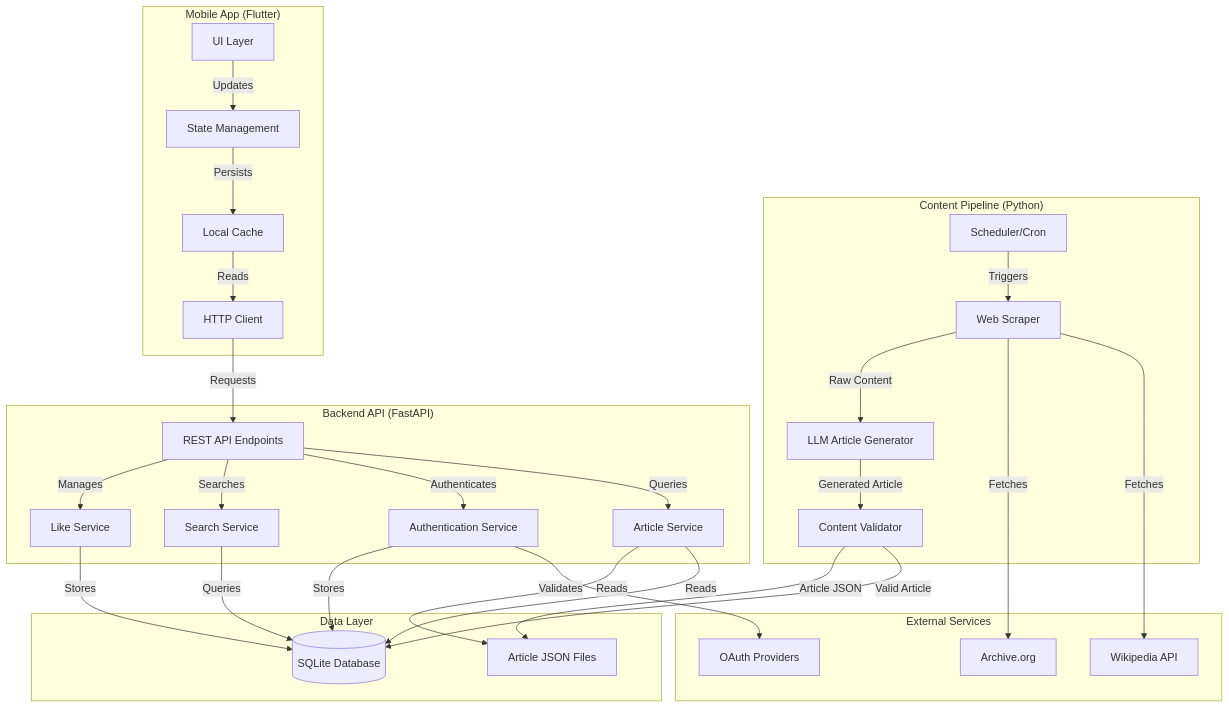
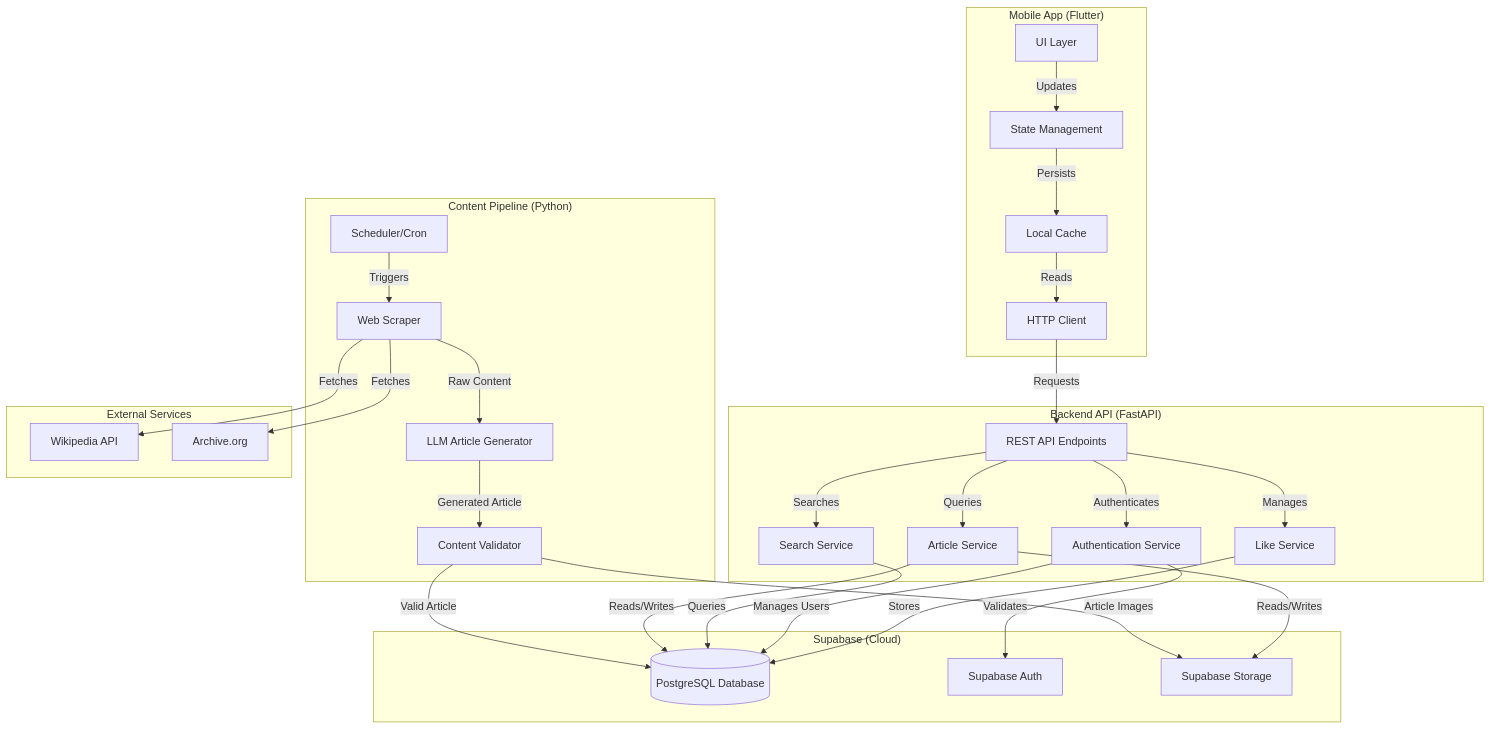
One commit to prasad-madhale/BharatVerse changed the diagram in .kiro/specs/bharatverse-mvp/design.md. Above: the diagram before and after it, drawn with Mermaid. The commit also changed other lines of this file and 19 other files, not shown here.

````diff
--- a/.kiro/specs/bharatverse-mvp/design.md
+++ b/.kiro/specs/bharatverse-mvp/design.md
@@ -23,60 +24,60 @@
 ```mermaid
 graph TB
     subgraph "Content Pipeline (Python)"
         Scheduler[Scheduler/Cron]
         Scraper[Web Scraper]
         LLM[LLM Article Generator]
         Validator[Content Validator]
     end
     
     subgraph "Backend API (FastAPI)"
         API[REST API Endpoints]
         Auth[Authentication Service]
         ArticleService[Article Service]
         SearchService[Search Service]
         LikeService[Like Service]
     end
     
-    subgraph "Data Layer"
-        DB[(SQLite Database)]
-        FileStore[Article JSON Files]
+    subgraph "Supabase (Cloud)"
+        SupabaseDB[(PostgreSQL Database)]
+        SupabaseAuth[Supabase Auth]
+        SupabaseStorage[Supabase Storage]
     end
     
     subgraph "Mobile App (Flutter)"
         UI[UI Layer]
         State[State Management]
         Cache[Local Cache]
         HTTP[HTTP Client]
     end
     
     subgraph "External Services"
         Wikipedia[Wikipedia API]
         Archive[Archive.org]
-        OAuth[OAuth Providers]
     end
     
     Scheduler -->|Triggers| Scraper
     Scraper -->|Fetches| Wikipedia
     Scraper -->|Fetches| Archive
     Scraper -->|Raw Content| LLM
     LLM -->|Generated Article| Validator
-    Validator -->|Valid Article| DB
-    Validator -->|Article JSON| FileStore
+    Validator -->|Valid Article| SupabaseDB
+    Validator -->|Article Images| SupabaseStorage
     
     API -->|Queries| ArticleService
     API -->|Authenticates| Auth
     API -->|Searches| SearchService
     API -->|Manages| LikeService
     
-    ArticleService -->|Reads| DB
-    ArticleService -->|Reads| FileStore
-    SearchService -->|Queries| DB
-    Auth -->|Validates| OAuth
-    Auth -->|Stores| DB
-    LikeService -->|Stores| DB
+    ArticleService -->|Reads/Writes| SupabaseDB
+    ArticleService -->|Reads/Writes| SupabaseStorage
+    SearchService -->|Queries| SupabaseDB
+    Auth -->|Validates| SupabaseAuth
+    Auth -->|Manages Users| SupabaseDB
+    LikeService -->|Stores| SupabaseDB
     
     HTTP -->|Requests| API
     UI -->|Updates| State
     State -->|Persists| Cache
     Cache -->|Reads| HTTP
 ```
````
